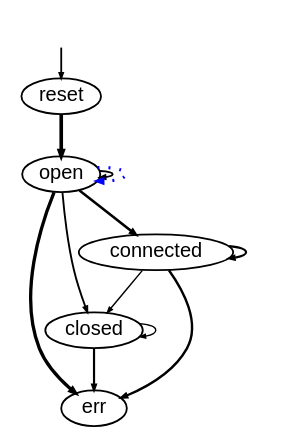
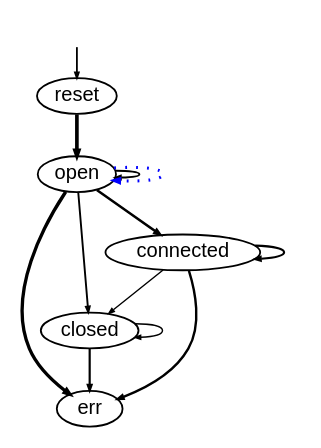
The diagram in log/nio-path-state-20.dot (cyrille-artho/modbat), drawn with Graphviz before and after one commit. The commit also changed 14 other files, not shown here.

```diff
--- a/log/nio-path-state-20.dot
+++ b/log/nio-path-state-20.dot
@@ -1,20 +1,9 @@
 digraph model {
   orientation = portrait;
-  graph [ rankdir = "TB", ranksep="0.1", nodesep="0.1" ];
+  graph [ rankdir = "TB", ranksep="0.08", nodesep="0.18" ];
   node [ fontname = "Helvetica", fontsize="11.0", shape="ellipse", margin="0.01", height="0.1", width="0.5" ];
   edge [ fontname = "Helvetica", arrowsize=".3", arrowhead="normal", fontsize="6.0", margin="0.05" ];
 None [shape=none, style=invis, width=0.1, height=0.1];
 None->reset;
 {rank = source; None}
-reset->open[penwidth="2.0043213737826426",label = " "];
-open->err[penwidth="1.8195439355418688",label = " "];
-open->open[penwidth="1.0413926851582251",label = " "];
-open->closed[penwidth="1.0413926851582251",label = " "];
-closed->err[penwidth="1.2041199826559248",label = " "];
-closed->closed[penwidth="0.7781512503836436",label = " "];
-open->open[style=dotted, color=blue,penwidth="1.662757831681574",label = " "];
-open->connected[penwidth="1.414973347970818",label = " "];
-connected->connected[penwidth="1.2041199826559248",label = " "];
-connected->err[penwidth="1.3222192947339193",label = " "];
-connected->closed[penwidth="0.7781512503836436",label = " "];
-}
+reset->open[penwidth="2.0043213737826426",label = " "];open->err[penwidth="1.8195439355418688",label = " "];open->open[penwidth="1.0413926851582251",label = " "];open->closed[penwidth="1.0413926851582251",label = " "];closed->err[penwidth="1.2041199826559248",label = " "];closed->closed[penwidth="0.7781512503836436",label = " "];open->open[style=dotted, color=blue,penwidth="1.662757831681574",label = " "];open->connected[penwidth="1.414973347970818",label = " "];connected->connected[penwidth="1.2041199826559248",label = " "];connected->err[penwidth="1.3222192947339193",label = " "];connected->closed[penwidth="0.7781512503836436",label = " "];}
```
